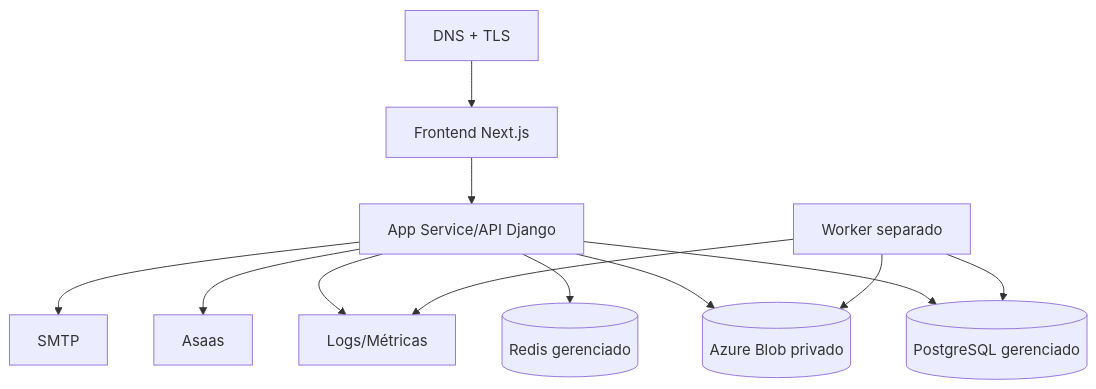
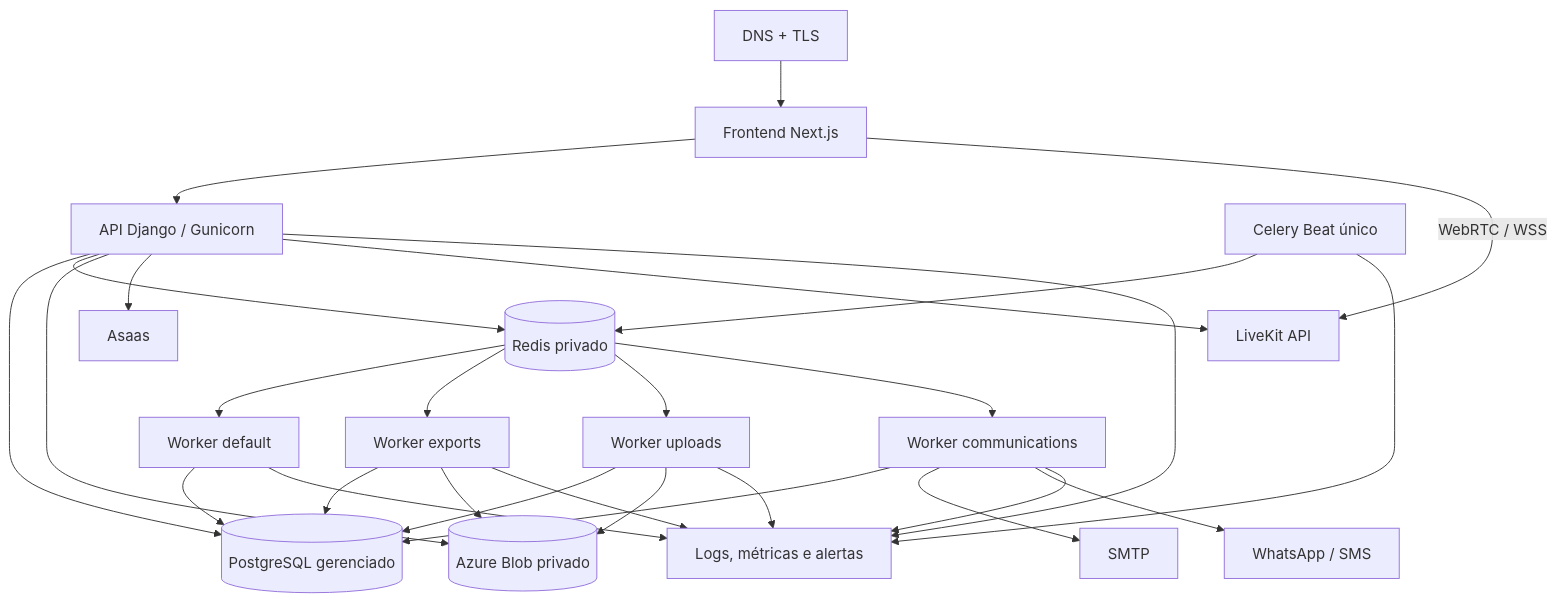
The diagram in docs/11-deploy/arquitetura-de-producao.md (FlavioProgramador/EloTerapeutico), drawn with Mermaid before and after one commit. The commit also changed other lines of this file, not shown here.

````diff
--- a/docs/11-deploy/arquitetura-de-producao.md
+++ b/docs/11-deploy/arquitetura-de-producao.md
@@ -5,14 +7,30 @@
 ```mermaid
 flowchart TB
-    DNS[DNS + TLS] --> Front[Frontend Next.js]
-    Front --> API[App Service/API Django]
+    DNS[DNS + TLS] --> FRONT[Frontend Next.js]
+    FRONT --> API[API Django / Gunicorn]
     API --> DB[(PostgreSQL gerenciado)]
-    API --> Cache[(Redis gerenciado)]
-    API --> Blob[(Azure Blob privado)]
-    Worker[Worker separado] --> DB
-    Worker --> Blob
-    API --> Asaas
-    API --> SMTP
-    API --> Monitor[Logs/Métricas]
-    Worker --> Monitor
+    API --> REDIS[(Redis privado)]
+    API --> BLOB[(Azure Blob privado)]
+    BEAT[Celery Beat único] --> REDIS
+    REDIS --> WD[Worker default]
+    REDIS --> WE[Worker exports]
+    REDIS --> WU[Worker uploads]
+    REDIS --> WC[Worker communications]
+    WD --> DB
+    WE --> DB
+    WU --> DB
+    WC --> DB
+    WE --> BLOB
+    WU --> BLOB
+    API --> ASAAS[Asaas]
+    API --> LIVEKIT[LiveKit API]
+    FRONT -->|WebRTC / WSS| LIVEKIT
+    WC --> SMTP[SMTP]
+    WC --> CHANNELS[WhatsApp / SMS]
+    API --> MON[Logs, métricas e alertas]
+    WD --> MON
+    WE --> MON
+    WU --> MON
+    WC --> MON
+    BEAT --> MON
 ```
````
